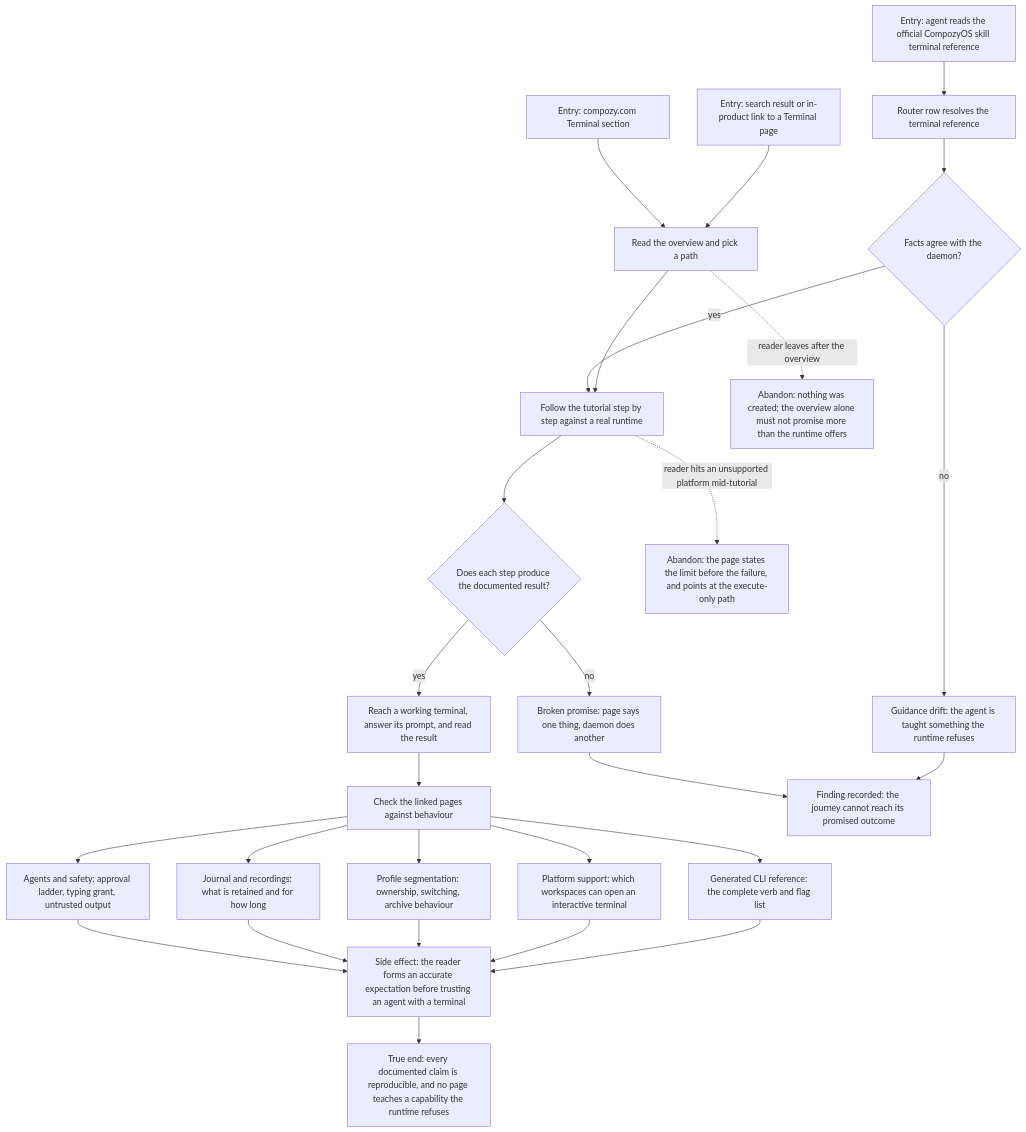
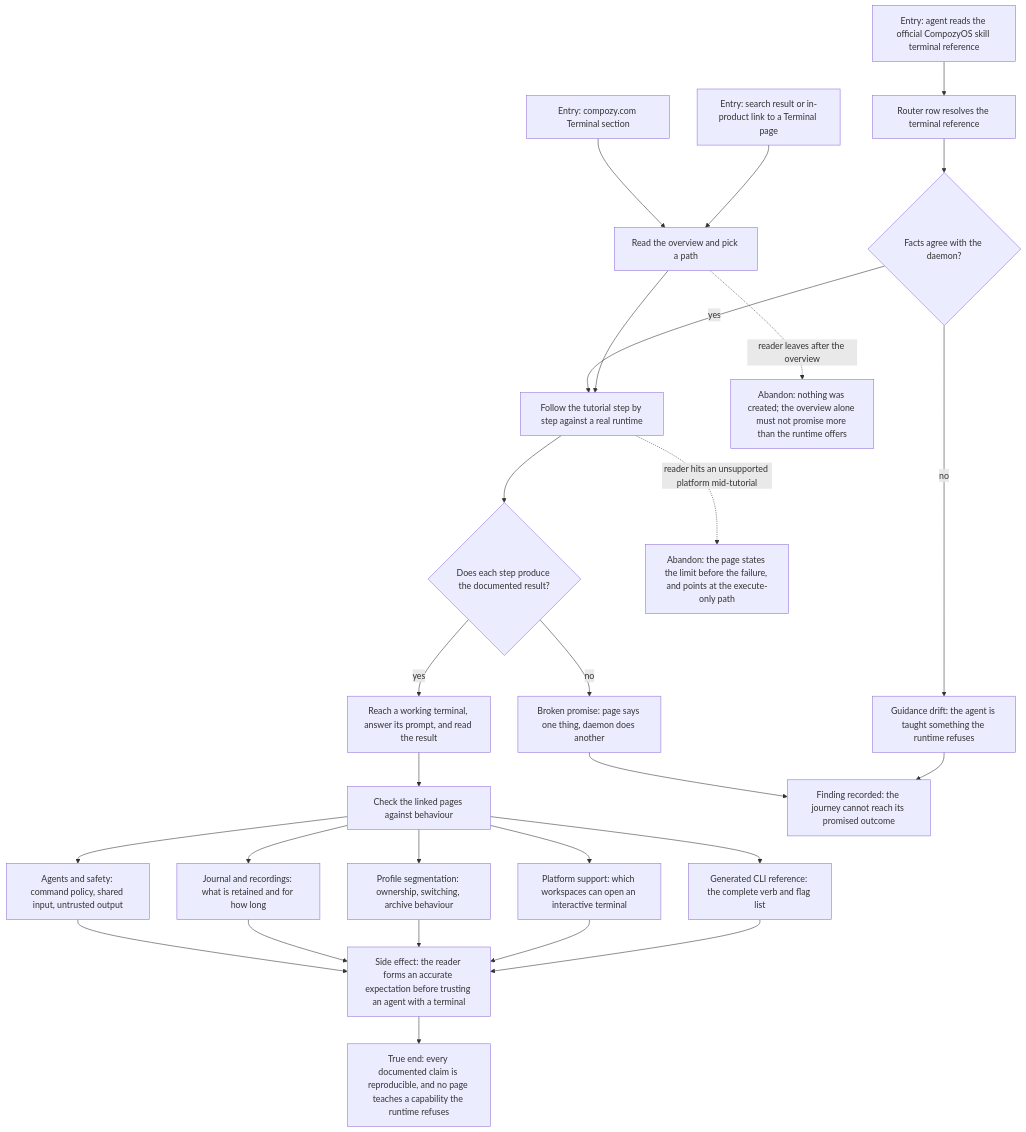
One commit to compozy/compozy changed the diagram in docs/qa/journeys/J-learn-terminal-from-docs.md. Above: the diagram before and after it, drawn with Mermaid. The commit also changed other lines of this file and 444 other files, not shown here.

````diff
--- a/docs/qa/journeys/J-learn-terminal-from-docs.md
+++ b/docs/qa/journeys/J-learn-terminal-from-docs.md
@@ -8,29 +8,29 @@
 ```mermaid
 flowchart TD
   A1[Entry: compozy.com Terminal section] --> B[Read the overview and pick a path]
   A2[Entry: search result or in-product link to a Terminal page] --> B
   A3[Entry: agent reads the official CompozyOS skill terminal reference] --> R[Router row resolves the terminal reference]
   R --> R1{Facts agree with the daemon?}
   R1 -->|yes| C
   R1 -->|no| R2[Guidance drift: the agent is taught something the runtime refuses]
   B --> C[Follow the tutorial step by step against a real runtime]
   C --> D{Does each step produce the documented result?}
   D -->|no| D1[Broken promise: page says one thing, daemon does another]
   D -->|yes| E[Reach a working terminal, answer its prompt, and read the result]
   E --> F[Check the linked pages against behaviour]
-  F --> F1[Agents and safety: approval ladder, typing grant, untrusted output]
+  F --> F1[Agents and safety: command policy, shared input, untrusted output]
   F --> F2[Journal and recordings: what is retained and for how long]
   F --> F3[Profile segmentation: ownership, switching, archive behaviour]
   F --> F4[Platform support: which workspaces can open an interactive terminal]
   F --> F5[Generated CLI reference: the complete verb and flag list]
   F1 --> G[Side effect: the reader forms an accurate expectation before trusting an agent with a terminal]
   F2 --> G
   F3 --> G
   F4 --> G
   F5 --> G
   G --> Z[True end: every documented claim is reproducible, and no page teaches a capability the runtime refuses]
   D1 --> Y[Finding recorded: the journey cannot reach its promised outcome]
   R2 --> Y
   C -.->|reader hits an unsupported platform mid-tutorial| X1[Abandon: the page states the limit before the failure, and points at the execute-only path]
   B -.->|reader leaves after the overview| X2[Abandon: nothing was created; the overview alone must not promise more than the runtime offers]
 ```
````
